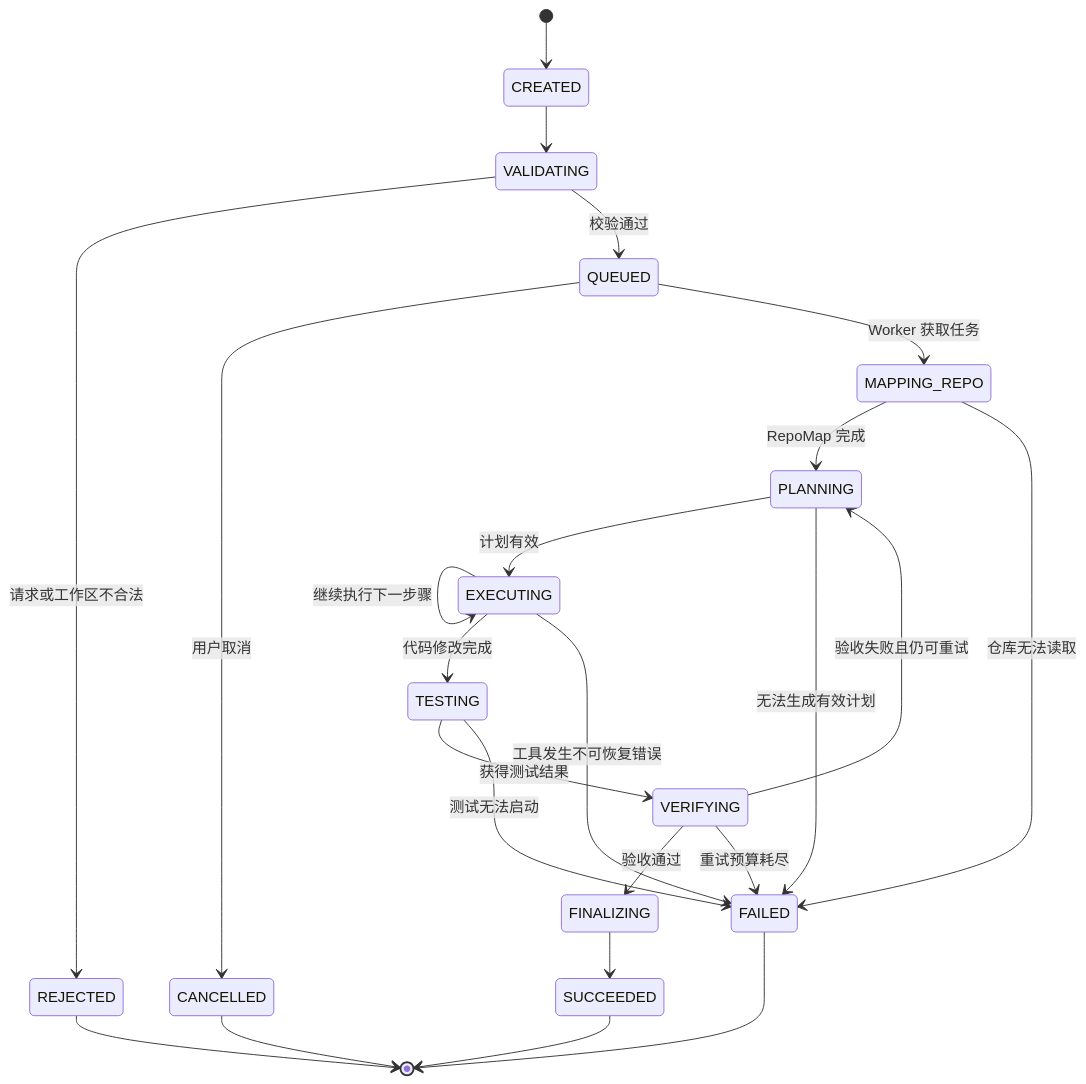
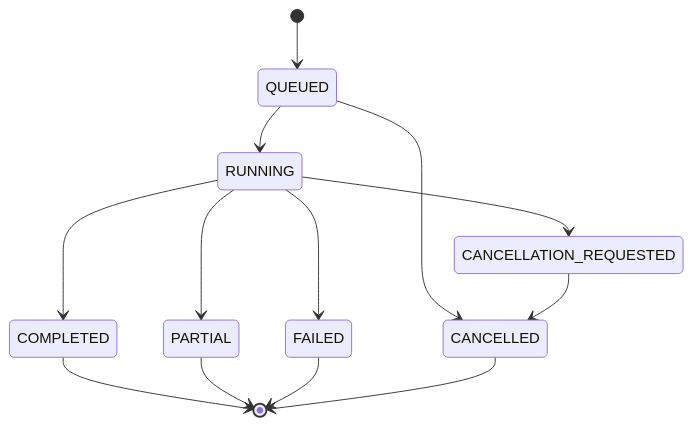
One commit to CHX606/AI-Agent changed the diagram in docs/STATE_MACHINE.md. Above: the diagram before and after it, drawn with Mermaid. The commit also changed other lines of this file and 292 other files, not shown here.

````diff
--- a/docs/STATE_MACHINE.md
+++ b/docs/STATE_MACHINE.md
@@ -38,35 +23,15 @@
 ```mermaid
 stateDiagram-v2
-    [*] --> CREATED
-
-    CREATED --> VALIDATING
-    VALIDATING --> REJECTED: 请求或工作区不合法
-    VALIDATING --> QUEUED: 校验通过
-
-    QUEUED --> CANCELLED: 用户取消
-    QUEUED --> MAPPING_REPO: Worker 获取任务
-
-    MAPPING_REPO --> PLANNING: RepoMap 完成
-    MAPPING_REPO --> FAILED: 仓库无法读取
-
-    PLANNING --> EXECUTING: 计划有效
-    PLANNING --> FAILED: 无法生成有效计划
-
-    EXECUTING --> EXECUTING: 继续执行下一步骤
-    EXECUTING --> TESTING: 代码修改完成
-    EXECUTING --> FAILED: 工具发生不可恢复错误
-
-    TESTING --> VERIFYING: 获得测试结果
-    TESTING --> FAILED: 测试无法启动
-
-    VERIFYING --> FINALIZING: 验收通过
-    VERIFYING --> PLANNING: 验收失败且仍可重试
-    VERIFYING --> FAILED: 重试预算耗尽
-
-    FINALIZING --> SUCCEEDED
-
-    SUCCEEDED --> [*]
+    [*] --> QUEUED
+    QUEUED --> RUNNING
+    QUEUED --> CANCELLED
+    RUNNING --> CANCELLATION_REQUESTED
+    CANCELLATION_REQUESTED --> CANCELLED
+    RUNNING --> COMPLETED
+    RUNNING --> PARTIAL
+    RUNNING --> FAILED
+    COMPLETED --> [*]
+    PARTIAL --> [*]
     FAILED --> [*]
     CANCELLED --> [*]
-    REJECTED --> [*]
 ```
````
